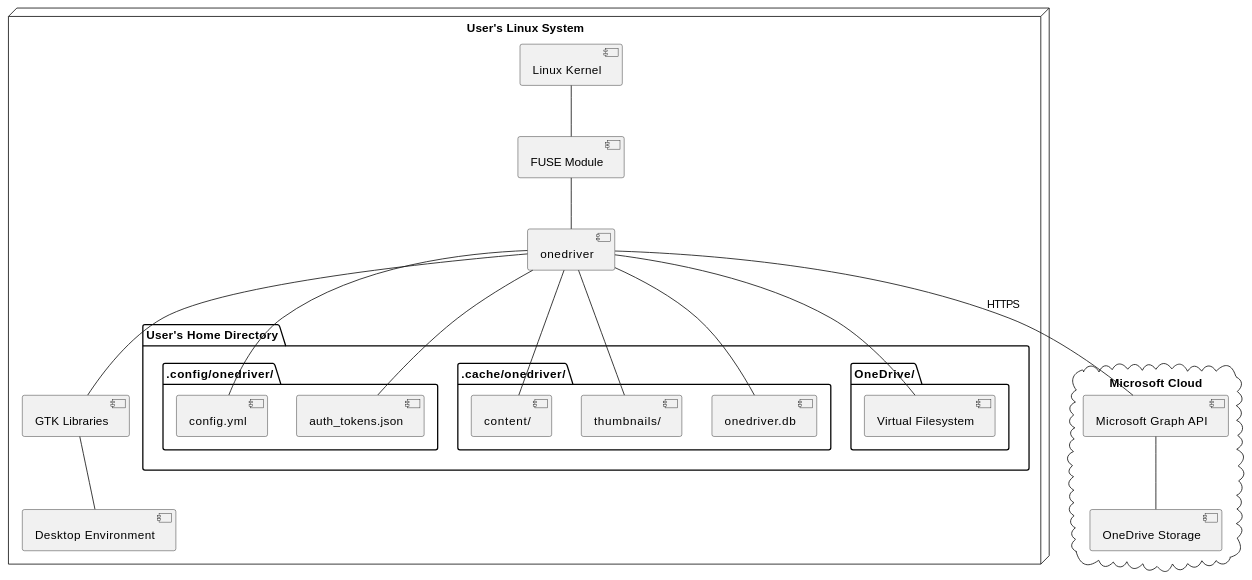
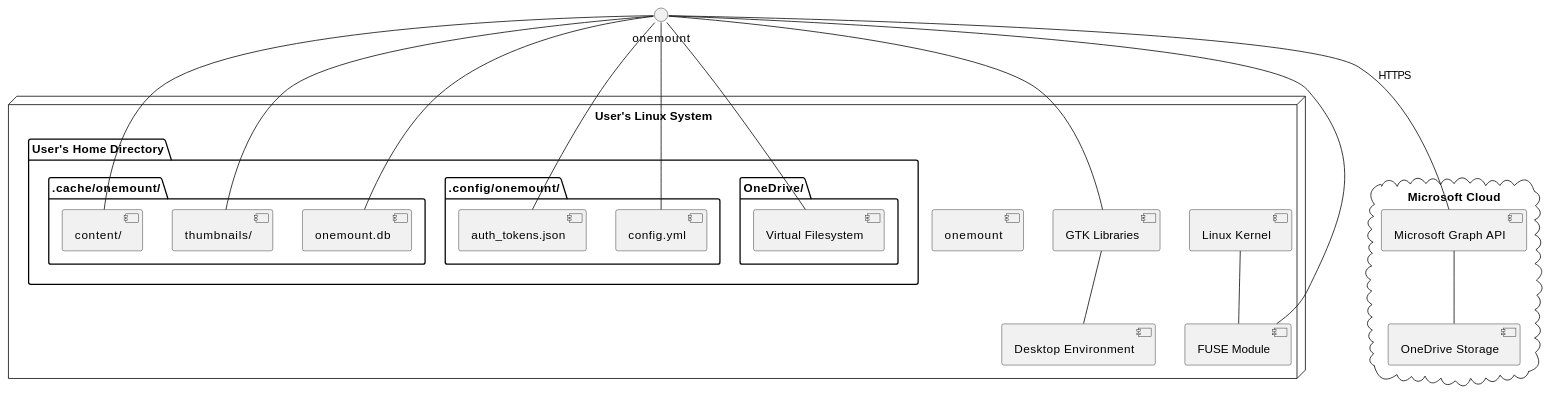
Before and after one commit to Auriora/OneMount: the fourth of 4 diagrams in docs/design/software-architecture-specification.md, drawn with PlantUML. The commit also changed other lines of this file and 140 other files, not shown here.

First line of the commit message:
Rename "Onedriver" references to "OneMount" across the project.

````diff
--- a/docs/design/software-architecture-specification.md
+++ b/docs/design/software-architecture-specification.md
@@ -403,44 +403,44 @@
 ```plantuml
 @startuml
 node "User's Linux System" {
   [Linux Kernel] as Kernel
   [FUSE Module] as FUSE
-  [onedriver] as onedriver
+  [onemount] as OneMount
   [GTK Libraries] as GTK
   [Desktop Environment] as Desktop
 
   folder "User's Home Directory" {
-    folder ".config/onedriver/" {
+    folder ".config/onemount/" {
       [config.yml]
       [auth_tokens.json]
     }
-    folder ".cache/onedriver/" {
+    folder ".cache/onemount/" {
       [content/]
       [thumbnails/]
-      [onedriver.db]
+      [onemount.db]
     }
     folder "OneDrive/" {
       [Virtual Filesystem]
     }
   }
 }
 
 cloud "Microsoft Cloud" {
   [Microsoft Graph API] as Graph
   [OneDrive Storage] as Storage
 }
 
 Kernel -- FUSE
-FUSE -- onedriver
-onedriver -- GTK
+FUSE -- onemount
+onemount -- GTK
 GTK -- Desktop
-onedriver -- [config.yml]
-onedriver -- [auth_tokens.json]
-onedriver -- [content/]
-onedriver -- [thumbnails/]
-onedriver -- [onedriver.db]
-onedriver -- [Virtual Filesystem]
-onedriver -- Graph : HTTPS
+onemount -- [config.yml]
+onemount -- [auth_tokens.json]
+onemount -- [content/]
+onemount -- [thumbnails/]
+onemount -- [onemount.db]
+onemount -- [Virtual Filesystem]
+onemount -- Graph : HTTPS
 Graph -- Storage
 @enduml
 ```
````
